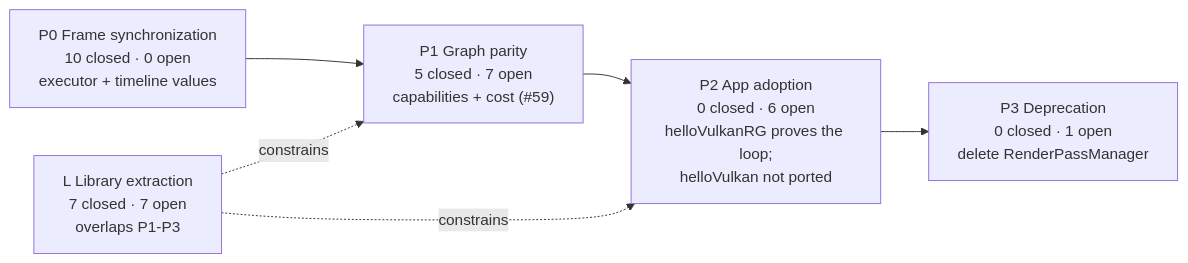
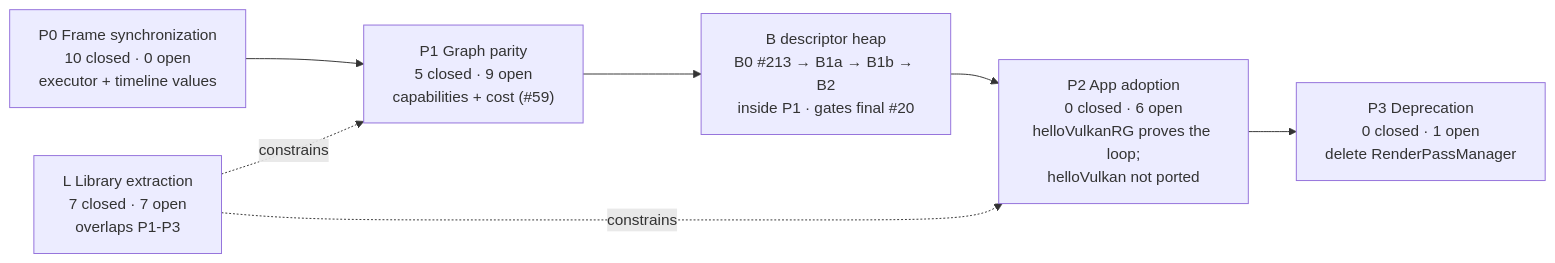
Before and after one commit to v3c70r/Muyo: the first of 4 diagrams in docs/Roadmap-Visual.md, drawn with Mermaid. The commit also changed other lines of this file and 1 other file, not shown here.

First line of the commit message:
docs: add the B descriptor-heap track to the roadmap (#214)

````diff
--- a/docs/Roadmap-Visual.md
+++ b/docs/Roadmap-Visual.md
@@ -20,11 +20,12 @@
 ```mermaid
 flowchart LR
     P0["P0 Frame synchronization<br/>10 closed · 0 open<br/>executor + timeline values"]
-    P1["P1 Graph parity<br/>5 closed · 7 open<br/>capabilities + cost (#59)"]
+    P1["P1 Graph parity<br/>5 closed · 9 open<br/>capabilities + cost (#59)"]
+    B["B descriptor heap<br/>B0 #213 → B1a → B1b → B2<br/>inside P1 · gates final #20"]
     P2["P2 App adoption<br/>0 closed · 6 open<br/>helloVulkanRG proves the loop;<br/>helloVulkan not ported"]
     P3["P3 Deprecation<br/>0 closed · 1 open<br/>delete RenderPassManager"]
     L["L Library extraction<br/>7 closed · 7 open<br/>overlaps P1-P3"]
-    P0 --> P1 --> P2 --> P3
+    P0 --> P1 --> B --> P2 --> P3
     L -. constrains .-> P1
     L -. constrains .-> P2
 ```
````
